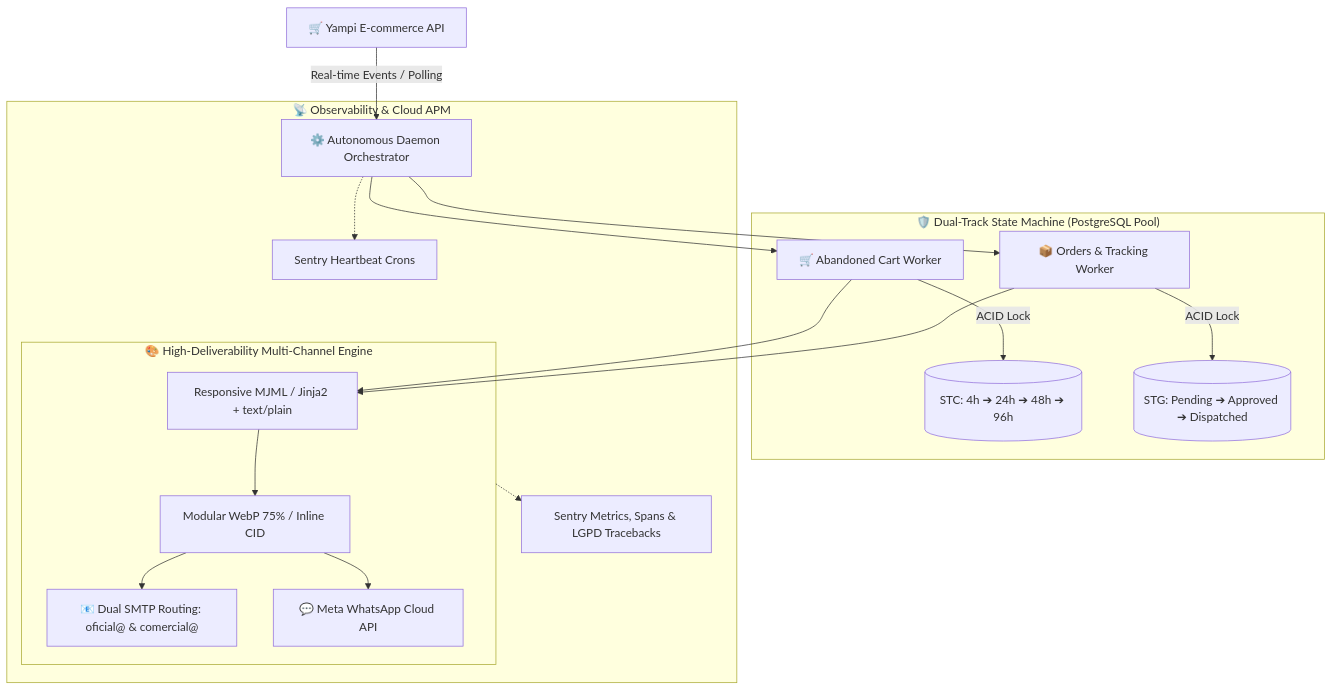
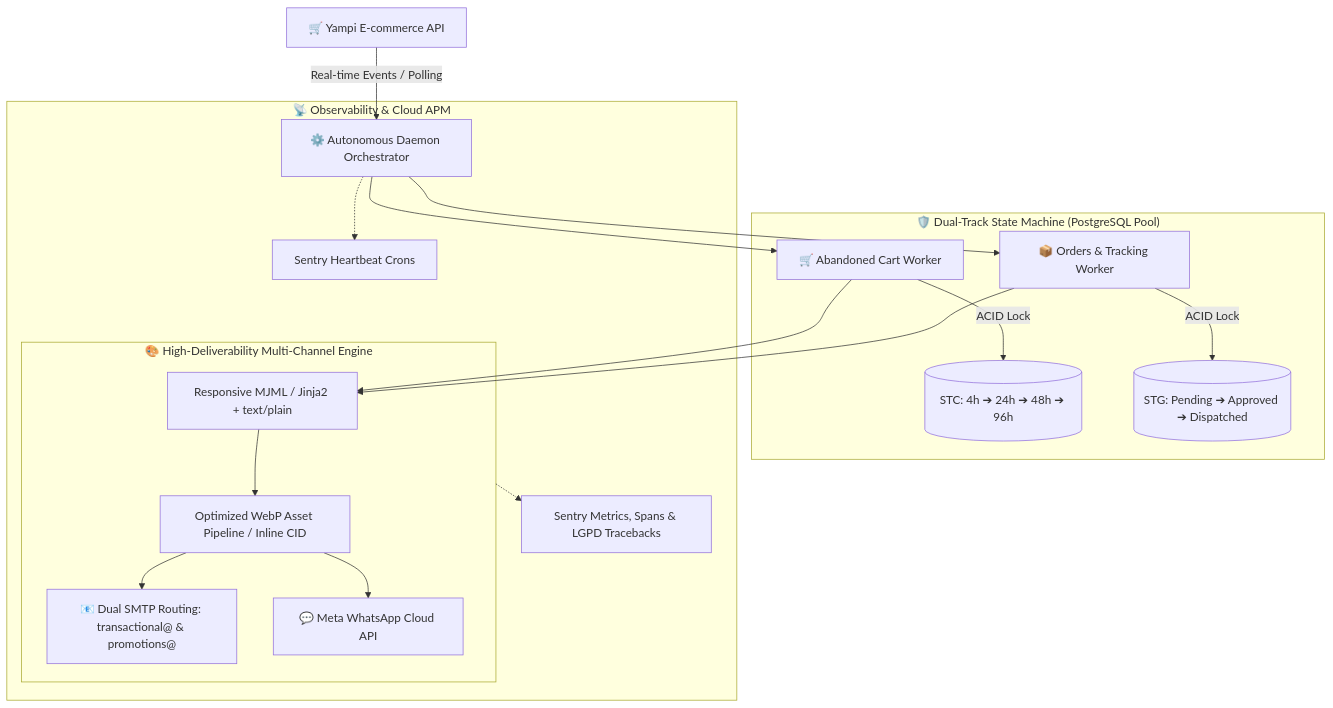
The diagram in README.md (LucasDuarte026/message_integration_YAMPI), drawn with Mermaid before and after one commit. The commit also changed other lines of this file and 12 other files, not shown here.

````diff
--- a/README.md
+++ b/README.md
@@ -54,25 +56,25 @@
 ```mermaid
 flowchart TD
     YampiAPI["🛒 Yampi E-commerce API"] -->|Real-time Events / Polling| Daemon["⚙️ Autonomous Daemon Orchestrator"]
     
     Daemon --> WorkerCart["🛒 Abandoned Cart Worker"]
     Daemon --> WorkerOrder["📦 Orders & Tracking Worker"]
     
     subgraph StateMachine["🛡️ Dual-Track State Machine (PostgreSQL Pool)"]
         WorkerCart -->|ACID Lock| STC[("STC: 4h ➔ 24h ➔ 48h ➔ 96h")]
         WorkerOrder -->|ACID Lock| STG[("STG: Pending ➔ Approved ➔ Dispatched")]
     end
     
     subgraph DeliveryEngine["🎨 High-Deliverability Multi-Channel Engine"]
         WorkerCart --> MJML["Responsive MJML / Jinja2 + text/plain"]
         WorkerOrder --> MJML
-        MJML --> CID["Modular WebP 75% / Inline CID"]
-        CID --> SMTP["📧 Dual SMTP Routing: oficial@ & comercial@"]
+        MJML --> CID["Optimized WebP Asset Pipeline / Inline CID"]
+        CID --> SMTP["📧 Dual SMTP Routing: transactional@ & promotions@"]
         CID --> WhatsApp["💬 Meta WhatsApp Cloud API"]
     end
     
     subgraph Observability["📡 Observability & Cloud APM"]
         Daemon -.-> SentryCrons["Sentry Heartbeat Crons"]
         DeliveryEngine -.-> SentryTracing["Sentry Metrics, Spans & LGPD Tracebacks"]
     end
 ```
````
